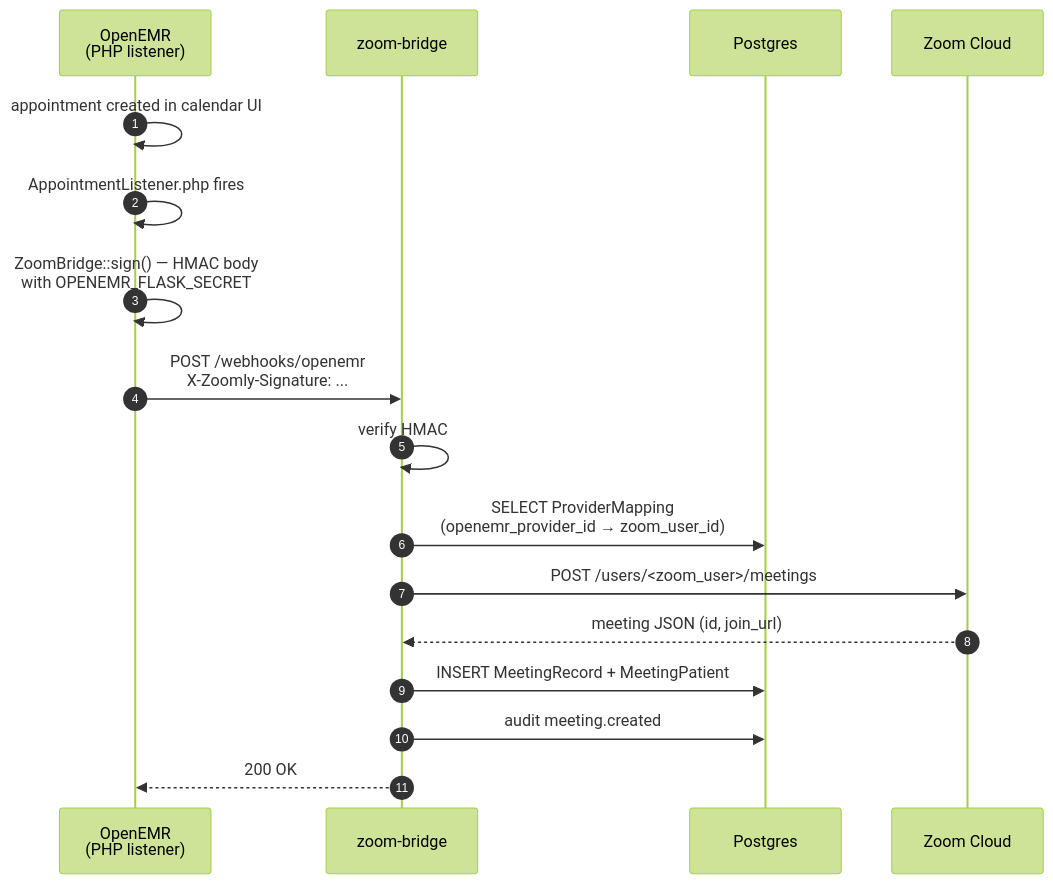
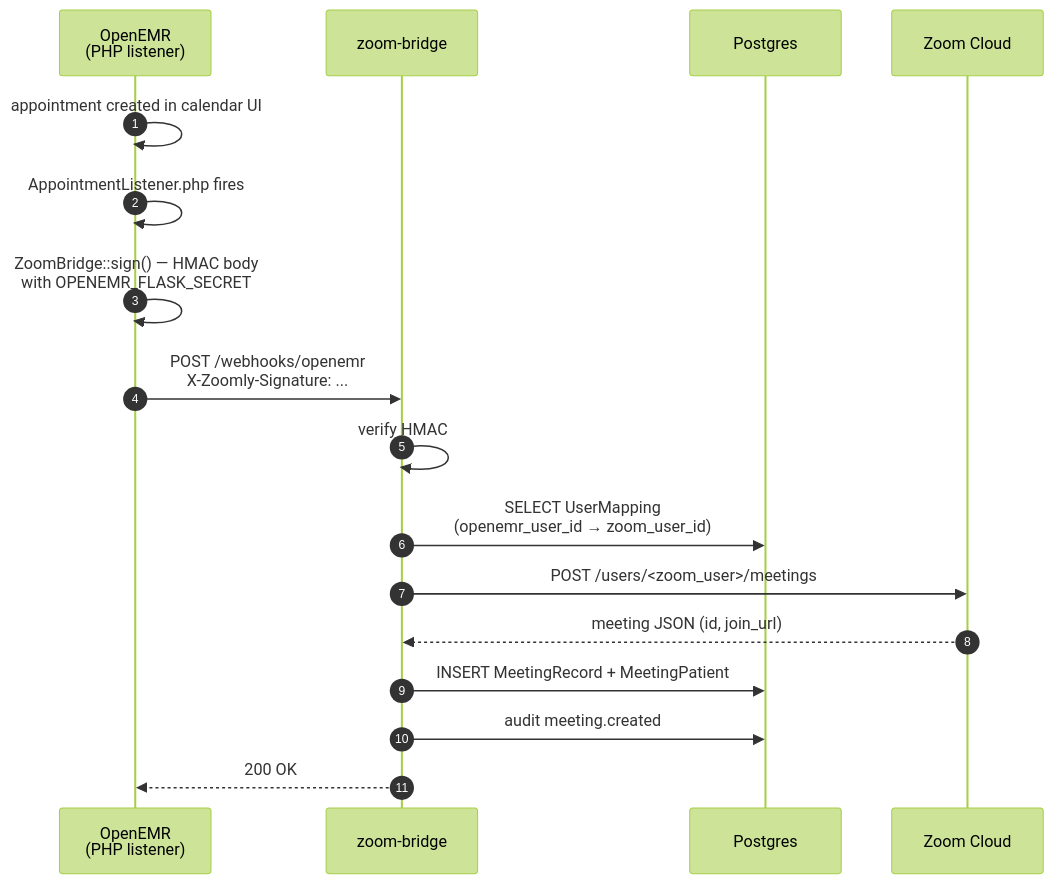
One commit to PandaBacon21/openemr-zoom-integration changed the fourth of 5 diagrams in ARCHITECTURE.md. Above: the diagram before and after it, drawn with Mermaid (forest theme). The commit also changed other lines of this file and 18 other files, not shown here.

````diff
--- a/ARCHITECTURE.md
+++ b/ARCHITECTURE.md
@@ -283,20 +289,20 @@
 ```mermaid
 sequenceDiagram
     autonumber
     participant OE as OpenEMR<br/>(PHP listener)
     participant Flask as zoom-bridge
     participant Postgres
     participant Zoom as Zoom Cloud
 
     OE->>OE: appointment created in calendar UI
     OE->>OE: AppointmentListener.php fires
     OE->>OE: ZoomBridge::sign() — HMAC body<br/>with OPENEMR_FLASK_SECRET
     OE->>Flask: POST /webhooks/openemr<br/>X-Zoomly-Signature: ...
     Flask->>Flask: verify HMAC
-    Flask->>Postgres: SELECT ProviderMapping<br/>(openemr_provider_id → zoom_user_id)
+    Flask->>Postgres: SELECT UserMapping<br/>(openemr_user_id → zoom_user_id)
     Flask->>Zoom: POST /users/<zoom_user>/meetings
     Zoom-->>Flask: meeting JSON (id, join_url)
     Flask->>Postgres: INSERT MeetingRecord + MeetingPatient
     Flask->>Postgres: audit meeting.created
     Flask-->>OE: 200 OK
 ```
````
